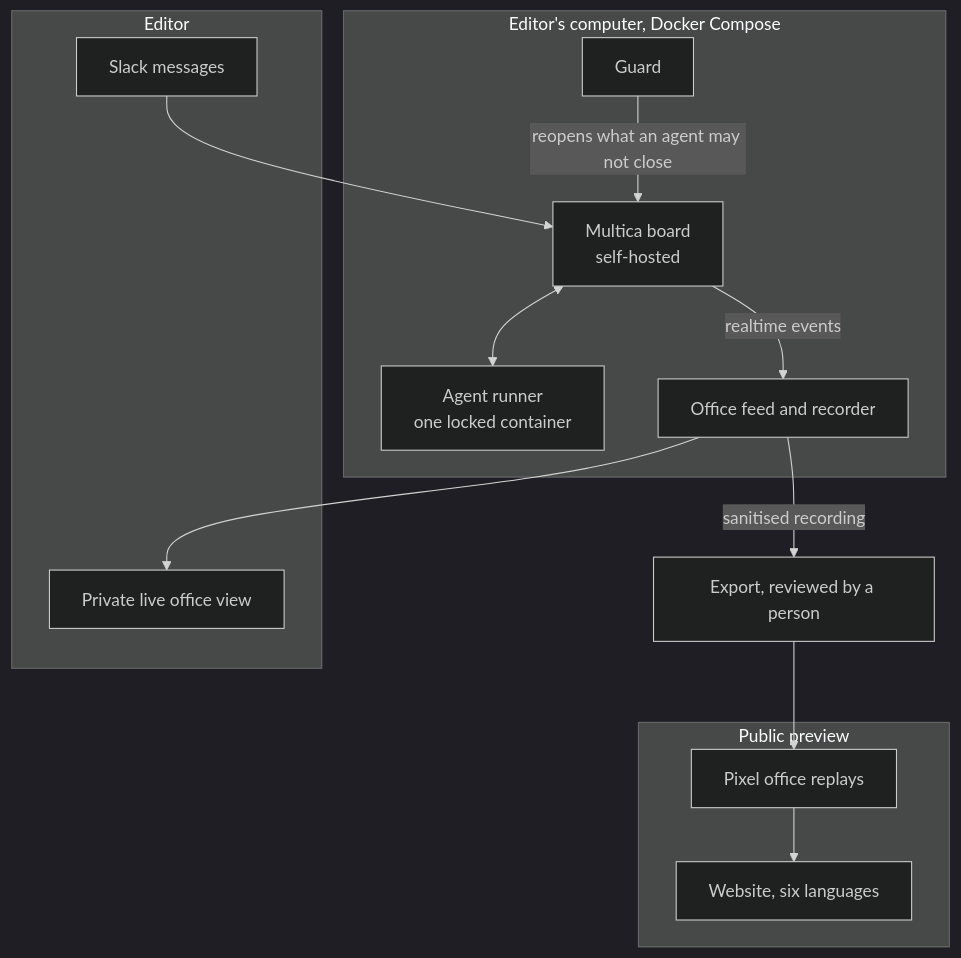
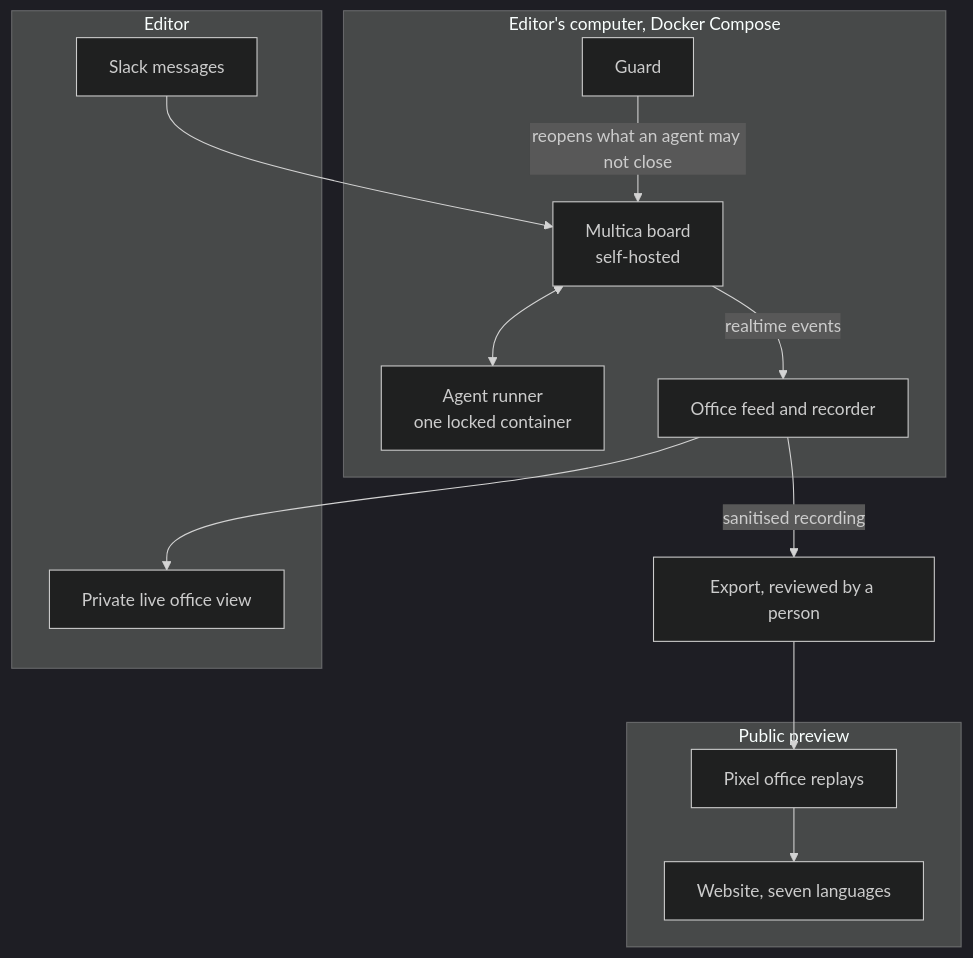
Before and after one commit to Zeeekrom/tasmania-student-notes-showcase: the diagram in docs/how-the-newsroom-works.md, drawn with Mermaid (dark theme). The commit also changed 9 other files, not shown here.

First line of the commit message:
Bring the showcase up to 18 Nov: seven languages, published briefs, pitches by email

````diff
--- a/docs/how-the-newsroom-works.md
+++ b/docs/how-the-newsroom-works.md
@@ -9,25 +9,25 @@
 ```mermaid
 flowchart TB
     subgraph Editor[Editor]
         S[Slack messages]
         V[Private live office view]
     end
     subgraph PC[Editor's computer, Docker Compose]
         M[Multica board<br/>self-hosted]
         A[Agent runner<br/>one locked container]
         G[Guard]
         O[Office feed and recorder]
     end
     subgraph Public[Public preview]
-        W[Website, six languages]
+        W[Website, seven languages]
         R[Pixel office replays]
     end
     S --> M
     M <--> A
     G -->|reopens what an agent may not close| M
     M -->|realtime events| O
     O --> V
     O -->|sanitised recording| X[Export, reviewed by a person]
     X --> R
     R --> W
 ```
````
